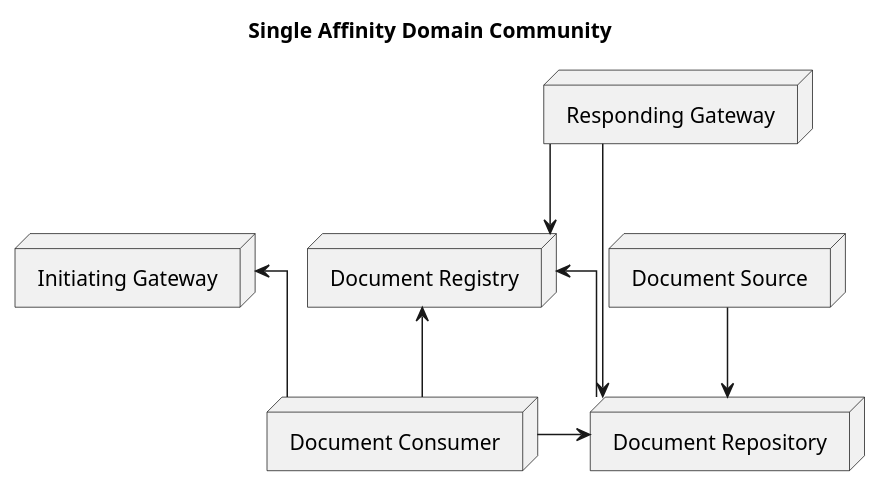
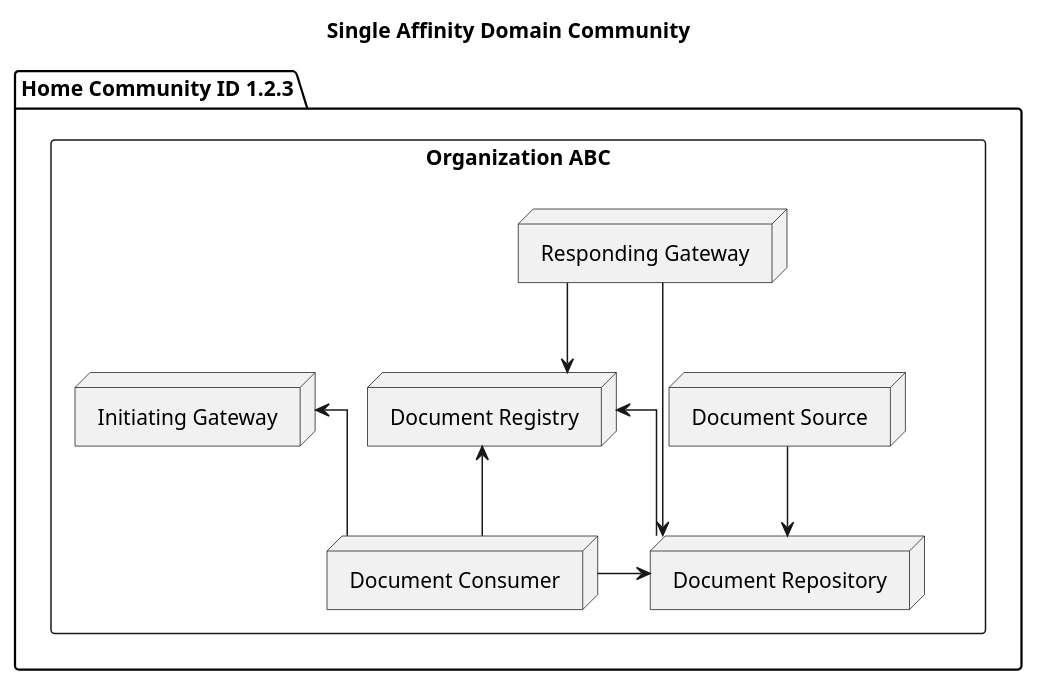
One commit to IHE/ITI.Topologies changed the diagram in images-source/single_affinity_domain_community.puml. Above: the diagram before and after it, drawn with PlantUML. The commit also changed 11 other files, not shown here.

```diff
--- a/images-source/single_affinity_domain_community.puml
+++ b/images-source/single_affinity_domain_community.puml
@@ -1,21 +1,24 @@
 @startuml
 title "Single Affinity Domain Community"
 skinparam linetype ortho
-together {
-    node ig1 as "Initiating Gateway"
-    node rg1 as "Responding Gateway"
+package "Home Community ID 1.2.3" as community {
+    rectangle "Organization ABC" as org {
+        together {
+            node ig1 as "Initiating Gateway"
+            node rg1 as "Responding Gateway"
+        }
+        node registry as "Document Registry"
+        node repo as "Document Repository"
+        node dc as "Document Consumer"
+        node ds as "Document Source"
+    }
 }
-node registry as "Document Registry"
-node repo as "Document Repository"
-node dc as "Document Consumer"
-node ds as "Document Source"
-
 dc -u-> ig1
 rg1 -d-> registry
 rg1 -d-> repo
 dc -u-> registry
 dc -r-> repo
 ds --> repo
 repo -u-> registry
 
 @enduml
```
